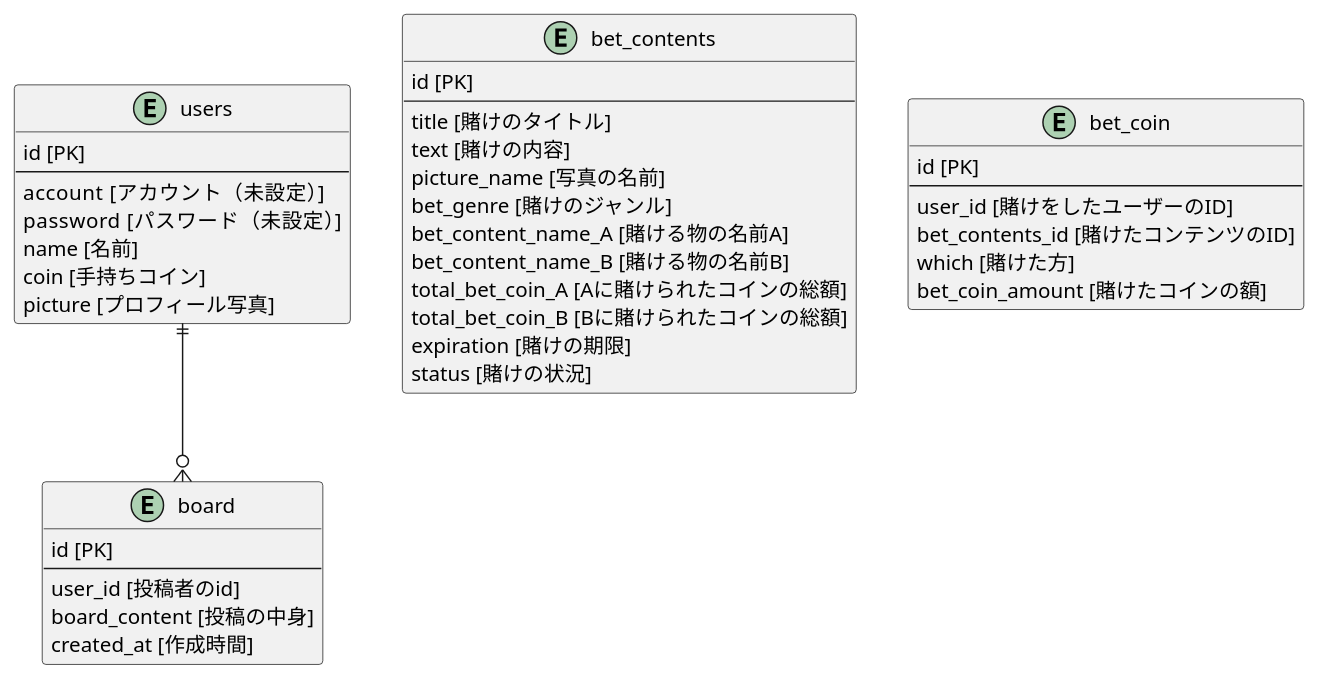
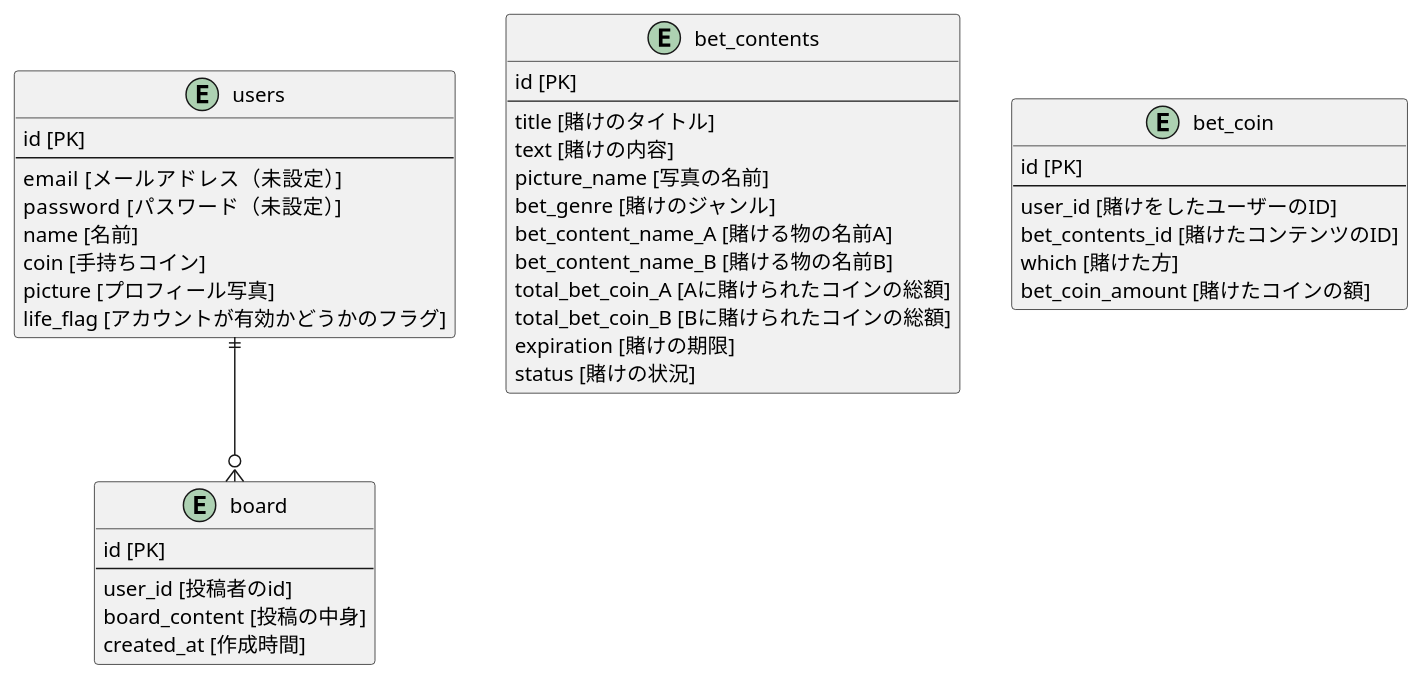
One commit to kobatastu/Daily_Bet changed the diagram in dialogs/ER.puml. Above: the diagram before and after it, drawn with PlantUML. The commit also changed 32 other files, not shown here.

```diff
--- a/dialogs/ER.puml
+++ b/dialogs/ER.puml
@@ -1,41 +1,42 @@
 @startuml ER
 entity "users" {
   id [PK]
   --
-  account [アカウント（未設定）]
+  email [メールアドレス（未設定）]
   password [パスワード（未設定）]
   name [名前]
   coin [手持ちコイン]
   picture [プロフィール写真]
+  life_flag [アカウントが有効かどうかのフラグ]
 }
 entity "board" {
   id [PK]
   --
   user_id [投稿者のid]
   board_content [投稿の中身]
   created_at [作成時間]
 }
 entity "bet_contents" {
   id [PK]
   --
   title [賭けのタイトル]
   text [賭けの内容]
   picture_name [写真の名前]
   bet_genre [賭けのジャンル]
   bet_content_name_A [賭ける物の名前A]
   bet_content_name_B [賭ける物の名前B]
   total_bet_coin_A [Aに賭けられたコインの総額]
   total_bet_coin_B [Bに賭けられたコインの総額]
   expiration [賭けの期限]
   status [賭けの状況]
 }
 entity "bet_coin" {
   id [PK]
   --
   user_id [賭けをしたユーザーのID]
   bet_contents_id [賭けたコンテンツのID]
   which [賭けた方]
   bet_coin_amount [賭けたコインの額]
 }
 users ||--o{ board
 @enduml
```
